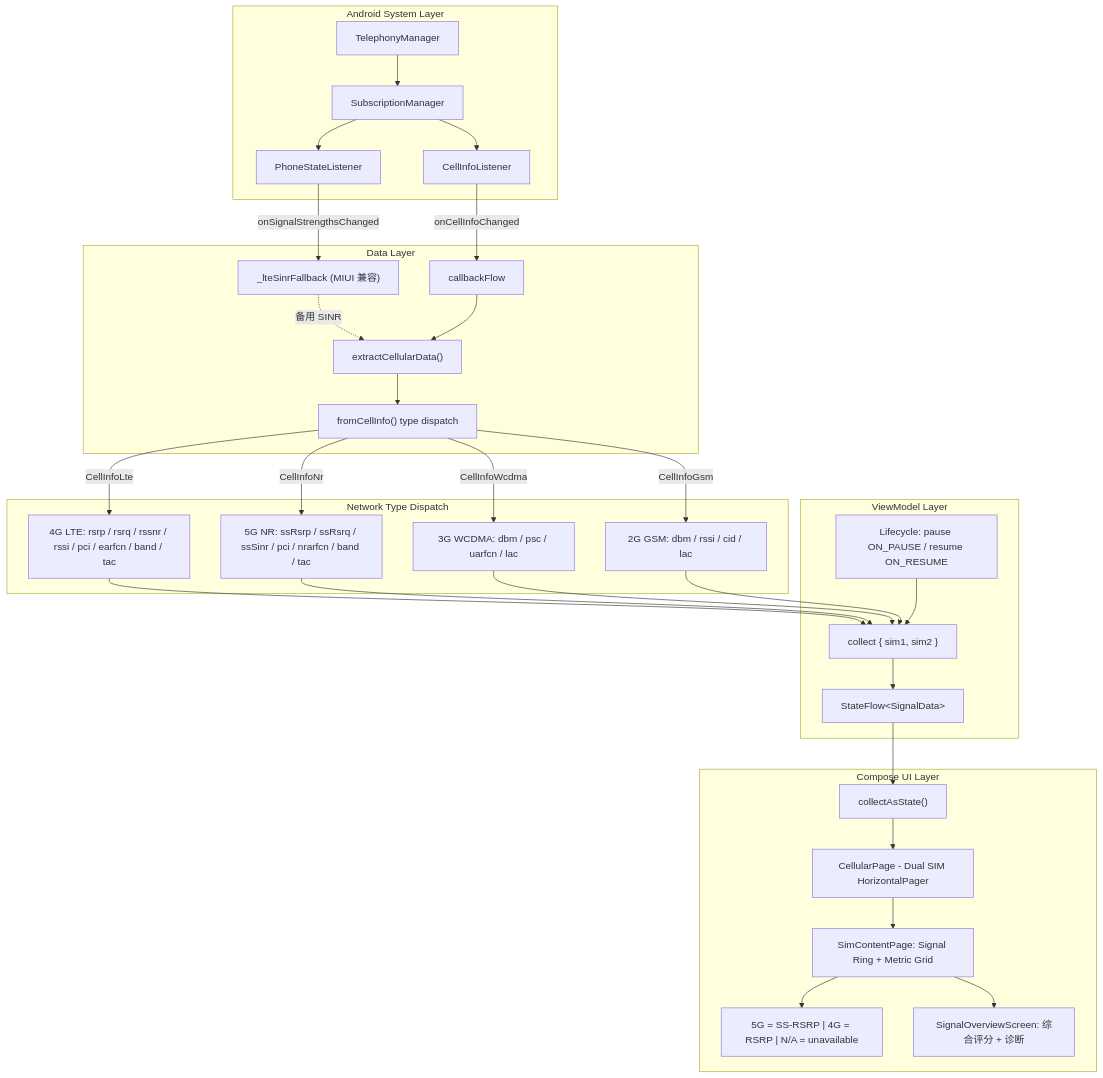
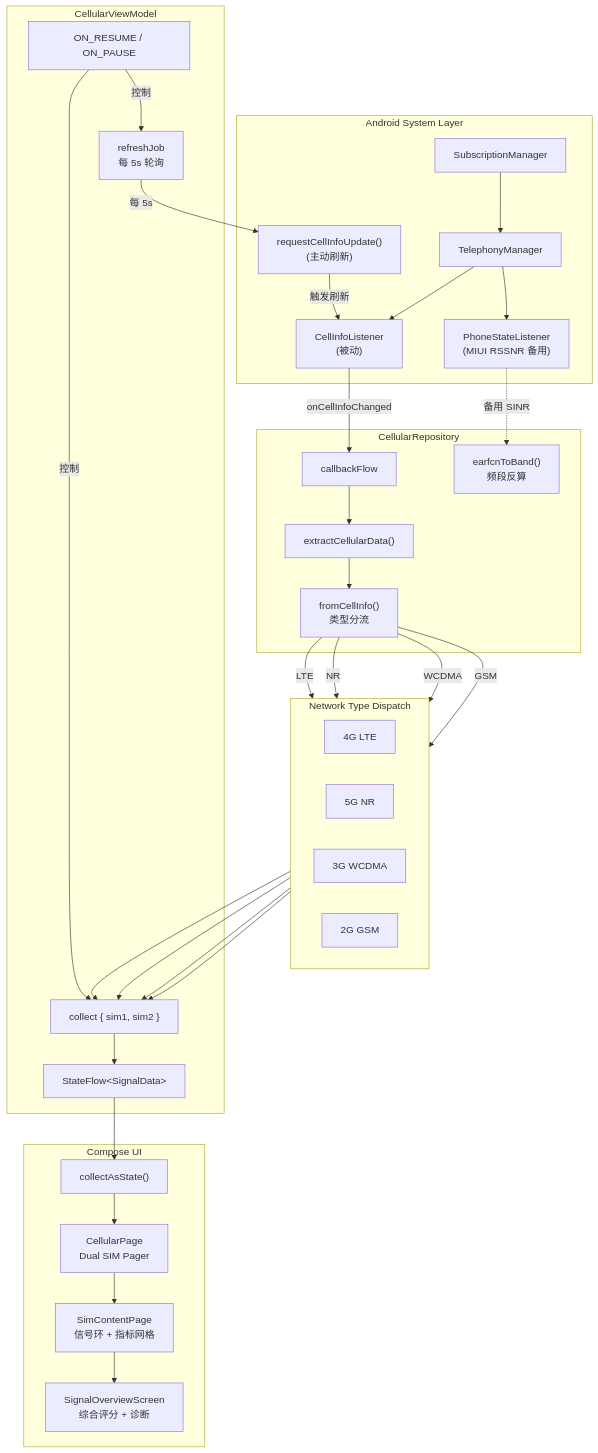
Before and after one commit to hpmdr/Signal-Insight: the diagram in README.md, drawn with Mermaid. The commit also changed other lines of this file and 7 other files, not shown here.

First line of the commit message:
feat: CellInfo 主动被动混合刷新 + EARFCN 频段反算 + 文档更新

````diff
--- a/README.md
+++ b/README.md
@@ -10,61 +12,65 @@
 ```mermaid
 flowchart TB
     subgraph Android["Android System Layer"]
-        TM[TelephonyManager]
-        SC[SubscriptionManager]
-        TC[CellInfoListener]
-        SS[PhoneStateListener]
+        SC["SubscriptionManager"]
+        TM["TelephonyManager"]
+        CL["CellInfoListener<br/>(被动)"]
+        PS["PhoneStateListener<br/>(MIUI RSSNR 备用)"]
+        RCU["requestCellInfoUpdate()<br/>(主动刷新)"]
     end
 
-    subgraph Data["Data Layer"]
+    subgraph Repo["CellularRepository"]
         CF["callbackFlow"]
         EC["extractCellularData()"]
-        FI["fromCellInfo() type dispatch"]
-        SFB["_lteSinrFallback (MIUI 兼容)"]
+        FD["fromCellInfo()<br/>类型分流"]
+        EB["earfcnToBand()<br/>频段反算"]
     end
 
-    subgraph Model["Network Type Dispatch"]
-        L4G["4G LTE: rsrp / rsrq / rssnr / rssi / pci / earfcn / band / tac"]
-        NR["5G NR: ssRsrp / ssRsrq / ssSinr / pci / nrarfcn / band / tac"]
-        W3G["3G WCDMA: dbm / psc / uarfcn / lac"]
-        G2G["2G GSM: dbm / rssi / cid / lac"]
+    subgraph Net["Network Type Dispatch"]
+        direction LR
+        L4G["4G LTE"]
+        NR_5G["5G NR"]
+        W3G["3G WCDMA"]
+        G2G["2G GSM"]
     end
 
-    subgraph ViewModel["ViewModel Layer"]
-        COLL["collect { sim1, sim2 }"]
+    subgraph VM["CellularViewModel"]
+        RJ["refreshJob<br/>每 5s 轮询"]
+        FL["collect { sim1, sim2 }"]
         SF["StateFlow&lt;SignalData&gt;"]
-        LIFE["Lifecycle: pause ON_PAUSE / resume ON_RESUME"]
+        LC["ON_RESUME / ON_PAUSE"]
     end
 
-    subgraph UI["Compose UI Layer"]
+    subgraph UI["Compose UI"]
         CS["collectAsState()"]
-        CP["CellularPage - Dual SIM HorizontalPager"]
-        SG["SimContentPage: Signal Ring + Metric Grid"]
-        NT["5G = SS-RSRP | 4G = RSRP | N/A = unavailable"]
-        SO["SignalOverviewScreen: 综合评分 + 诊断"]
+        CP["CellularPage<br/>Dual SIM Pager"]
+        SG["SimContentPage<br/>信号环 + 指标网格"]
+        SO["SignalOverviewScreen<br/>综合评分 + 诊断"]
     end
 
-    TM --> SC
-    SC --> TC
-    SC --> SS
-    TC -->|onCellInfoChanged| CF
-    SS -->|onSignalStrengthsChanged| SFB
-    SFB -.->|备用 SINR| EC
+    SC --> TM
+    TM --> CL
+    TM --> PS
+    RJ -->|每 5s| RCU
+    RCU -->|触发刷新| CL
+
+    CL -->|onCellInfoChanged| CF
+    PS -.->|备用 SINR| EB
     CF --> EC
-    EC --> FI
+    EC --> FD
 
-    FI -->|CellInfoLte| L4G
-    FI -->|CellInfoNr| NR
-    FI -->|CellInfoWcdma| W3G
-    FI -->|CellInfoGsm| G2G
+    FD -->|LTE| L4G
+    FD -->|NR| NR_5G
+    FD -->|WCDMA| W3G
+    FD -->|GSM| G2G
 
-    L4G & NR & W3G & G2G --> COLL
-    COLL --> SF
-    LIFE --> COLL
+    L4G & NR_5G & W3G & G2G --> FL
+    FL --> SF
+    LC -->|控制| FL
+    LC -->|控制| RJ
 
     SF --> CS
     CS --> CP
     CP --> SG
     SG --> SO
-    SG --> NT
 ```
````
